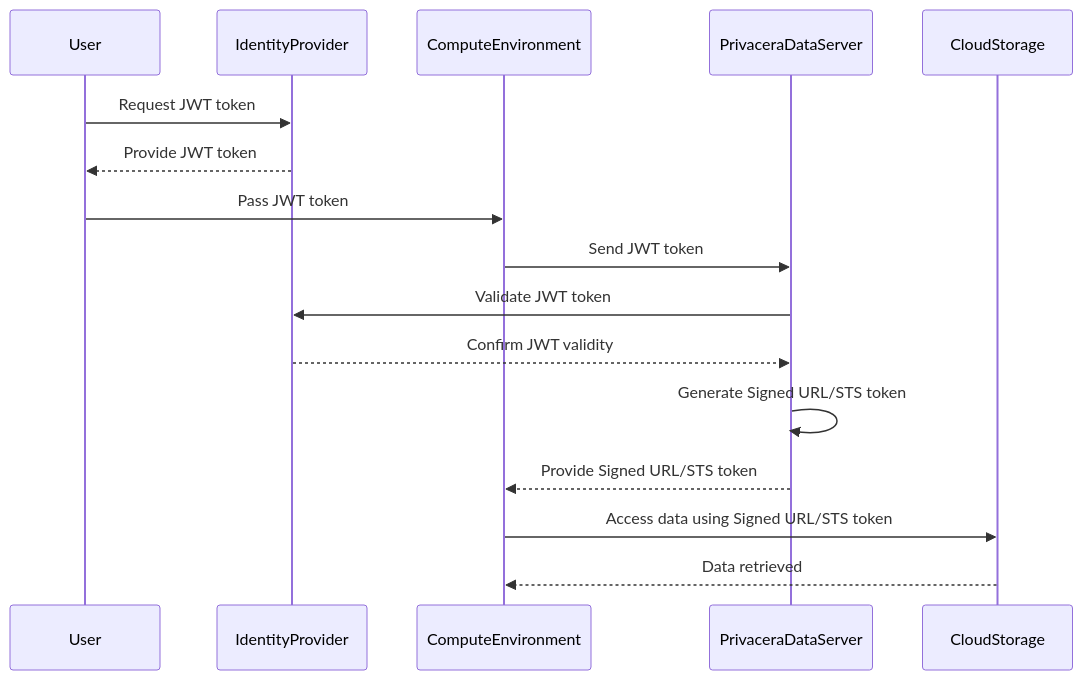
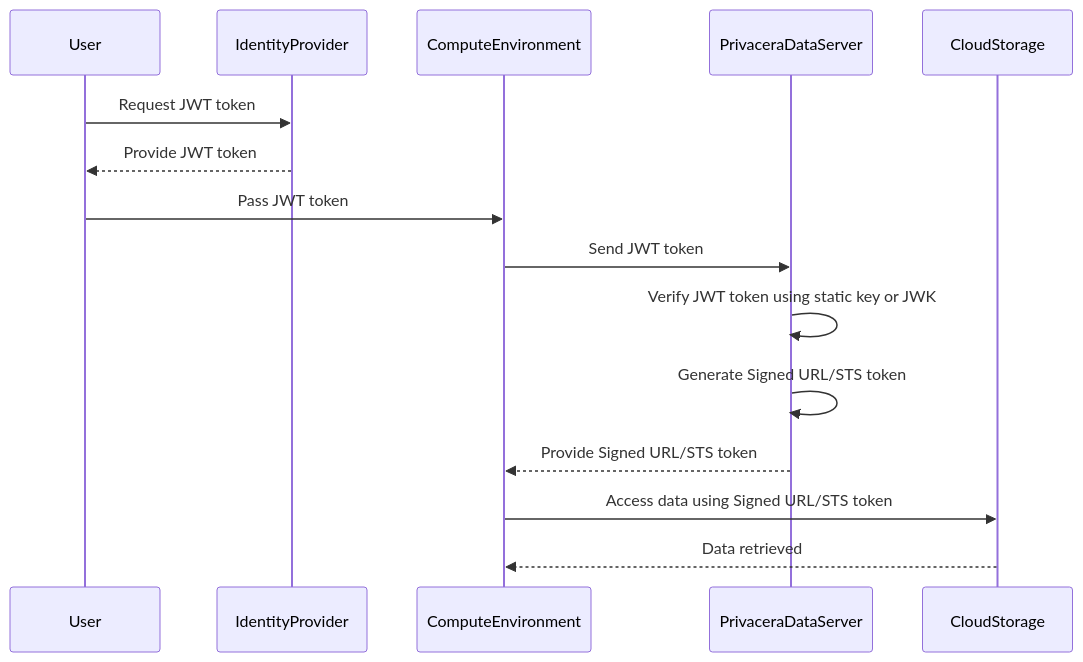
The diagram in mkdocs/docs/resources/design/access-management/about_jwt_tokens.md (rangrej-irfan/docs), drawn with Mermaid before and after one commit. The commit also changed other lines of this file and 2 other files, not shown here.

````diff
--- a/mkdocs/docs/resources/design/access-management/about_jwt_tokens.md
+++ b/mkdocs/docs/resources/design/access-management/about_jwt_tokens.md
@@ -23,19 +24,18 @@
 ```mermaid
 sequenceDiagram
     participant User
     participant IdentityProvider
     participant ComputeEnvironment
     participant PrivaceraDataServer
     participant CloudStorage
 
     User->>IdentityProvider: Request JWT token
     IdentityProvider-->>User: Provide JWT token
     User->>ComputeEnvironment: Pass JWT token
     ComputeEnvironment->>PrivaceraDataServer: Send JWT token
-    PrivaceraDataServer->>IdentityProvider: Validate JWT token
-    IdentityProvider-->>PrivaceraDataServer: Confirm JWT validity
+    PrivaceraDataServer->>PrivaceraDataServer: Verify JWT token using static key or JWK
     PrivaceraDataServer->>PrivaceraDataServer: Generate Signed URL/STS token
     PrivaceraDataServer-->>ComputeEnvironment: Provide Signed URL/STS token
     ComputeEnvironment->>CloudStorage: Access data using Signed URL/STS token
     CloudStorage-->>ComputeEnvironment: Data retrieved
 ```
````
